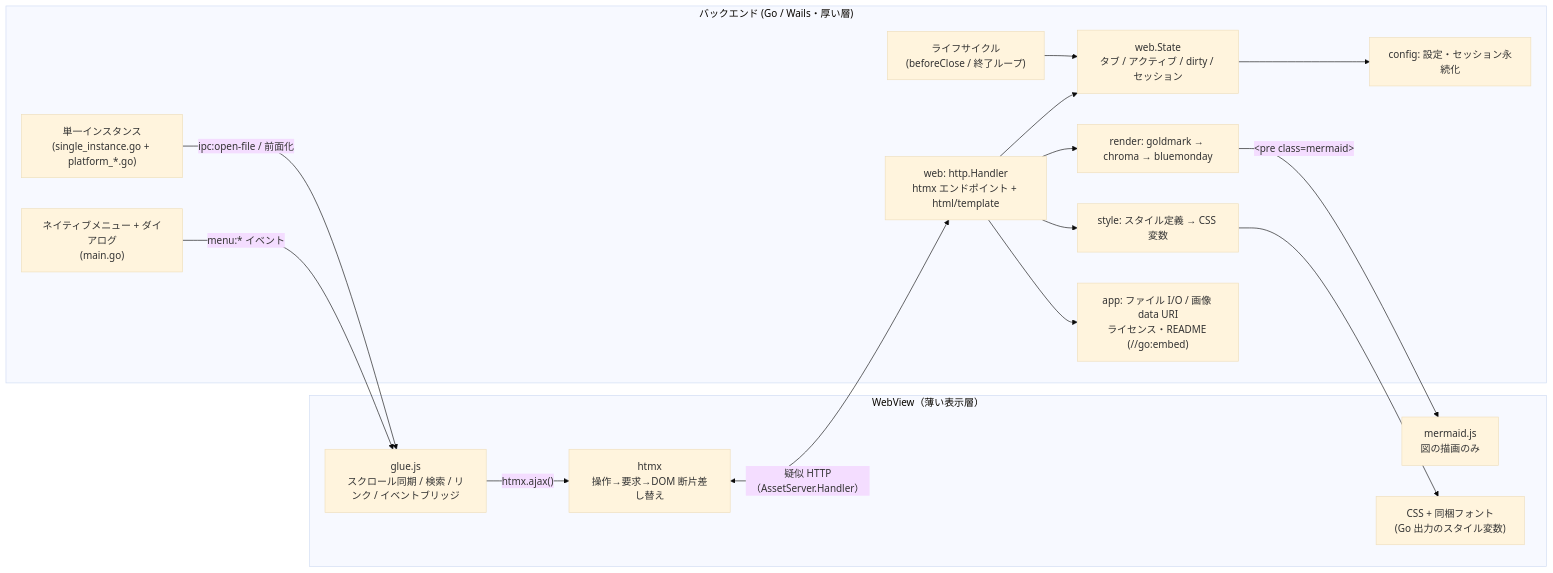
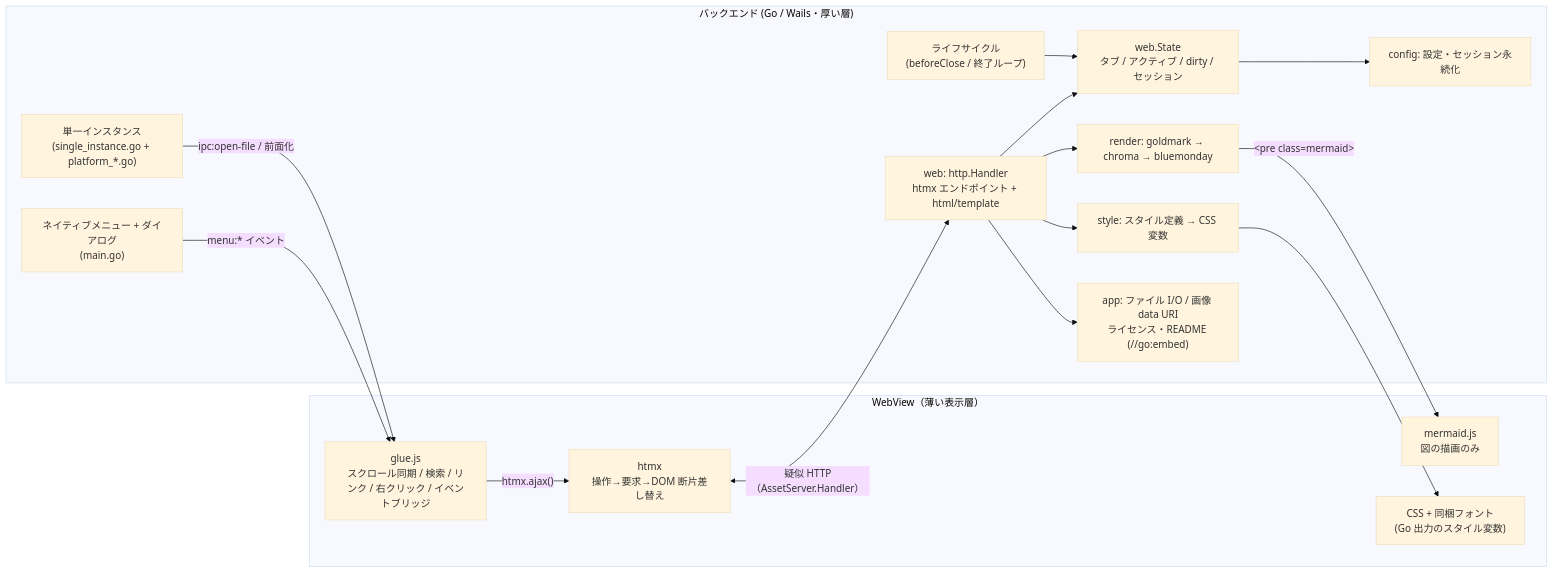
One commit to osakichi/Markmiru changed the first of 3 diagrams in docs/アーキテクチャ・画面設計.md. Above: the diagram before and after it, drawn with Mermaid (base theme). The commit also changed other lines of this file and 3 other files, not shown here.

````diff
--- a/docs/アーキテクチャ・画面設計.md
+++ b/docs/アーキテクチャ・画面設計.md
@@ -41,33 +41,33 @@
 ```mermaid
 flowchart LR
   subgraph Frontend["WebView（薄い表示層）"]
     HTMX["htmx<br/>操作→要求→DOM 断片差し替え"]
     Mermaid["mermaid.js<br/>図の描画のみ"]
-    Glue["glue.js<br/>スクロール同期 / 検索 / リンク / イベントブリッジ"]
+    Glue["glue.js<br/>スクロール同期 / 検索 / リンク / 右クリック / イベントブリッジ"]
     CSS["CSS + 同梱フォント<br/>(Go 出力のスタイル変数)"]
   end
   subgraph Backend["バックエンド (Go / Wails・厚い層)"]
     Web["web: http.Handler<br/>htmx エンドポイント + html/template"]
     Render["render: goldmark → chroma → bluemonday"]
     State["web.State<br/>タブ / アクティブ / dirty / セッション"]
     Style["style: スタイル定義 → CSS 変数"]
     App["app: ファイル I/O / 画像 data URI<br/>ライセンス・README (//go:embed)"]
     SI["単一インスタンス<br/>(single_instance.go + platform_*.go)"]
     Cfg["config: 設定・セッション永続化"]
     Menu["ネイティブメニュー + ダイアログ<br/>(main.go)"]
     Life["ライフサイクル<br/>(beforeClose / 終了ループ)"]
   end
 
   HTMX <-->|"疑似 HTTP（AssetServer.Handler）"| Web
   Web --> Render
   Web --> State
   Web --> Style
   Web --> App
   State --> Cfg
   Style --> CSS
   Render -->|"&lt;pre class=mermaid&gt;"| Mermaid
   Menu -->|"menu:* イベント"| Glue
   SI -->|"ipc:open-file / 前面化"| Glue
   Glue -->|"htmx.ajax()"| HTMX
   Life --> State
 ```
````
